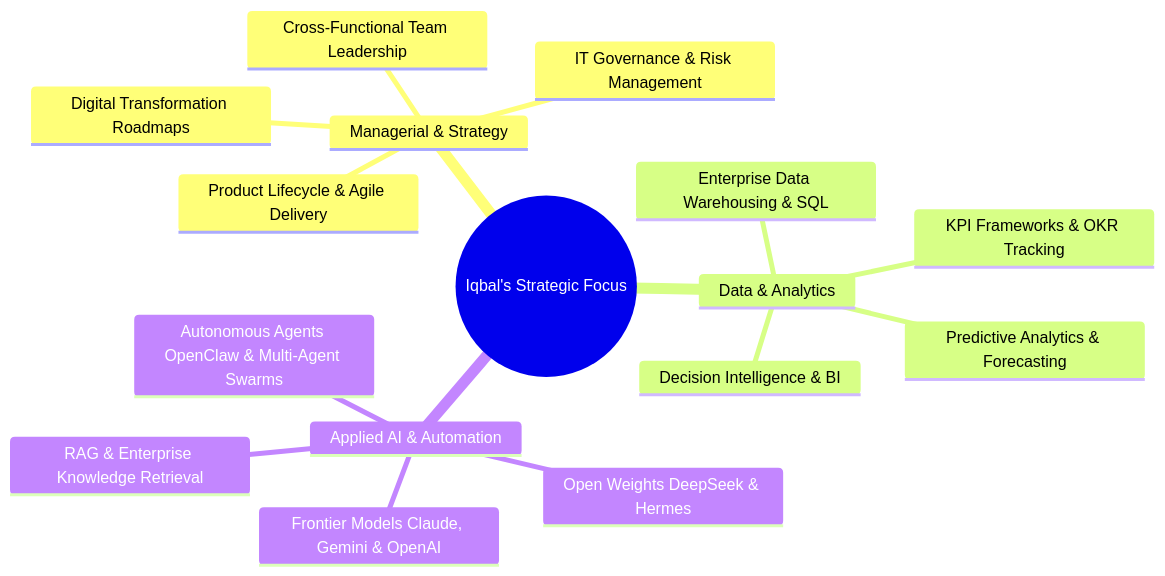
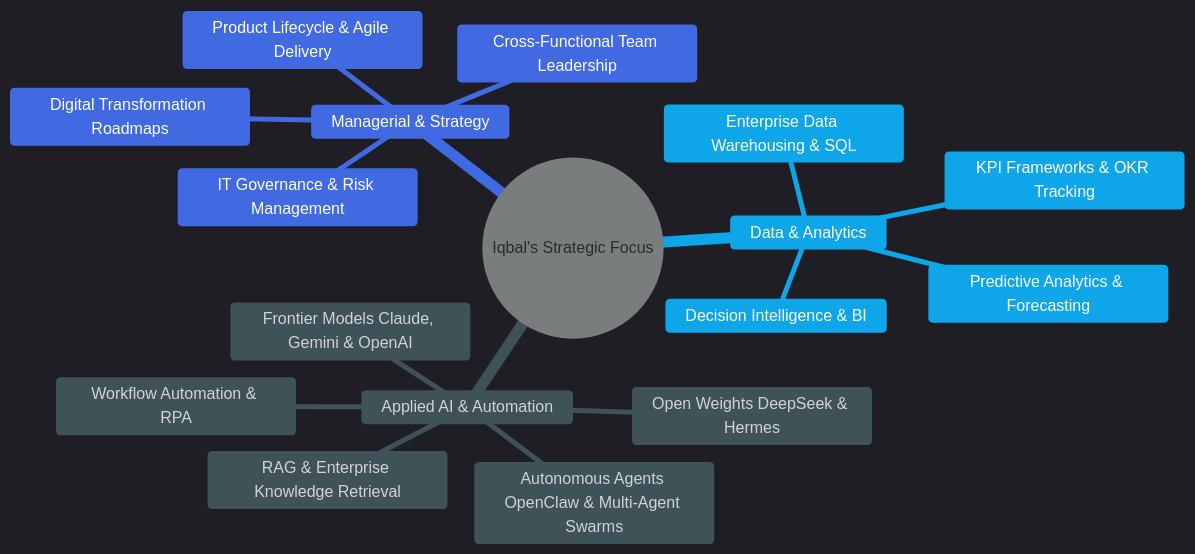
The diagram in README.md (IqbalMind/IqbalMind), drawn with Mermaid before and after one commit. The commit also changed other lines of this file, not shown here.

Commit message:
feat(readme): add personal sites, RPA to mindmap, and configure royal blue mindmap theme

````diff
--- a/README.md
+++ b/README.md
@@ -25,19 +27,31 @@
 ```mermaid
+---
+config:
+  theme: dark
+  themeVariables:
+    cScale0: '#334155'
+    cScaleLabel0: '#ffffff'
+    cScale1: '#4169E1'
+    cScaleLabel1: '#ffffff'
+    cScale2: '#0ea5e9'
+    cScaleLabel2: '#ffffff'
+---
 mindmap
   root((Iqbal's Strategic Focus))
     Managerial & Strategy
       Digital Transformation Roadmaps
       Cross-Functional Team Leadership
       IT Governance & Risk Management
       Product Lifecycle & Agile Delivery
     Data & Analytics
       Decision Intelligence & BI
       KPI Frameworks & OKR Tracking
       Predictive Analytics & Forecasting
       Enterprise Data Warehousing & SQL
     Applied AI & Automation
+      Workflow Automation & RPA
       Frontier Models Claude, Gemini & OpenAI
       Open Weights DeepSeek & Hermes
       Autonomous Agents OpenClaw & Multi-Agent Swarms
       RAG & Enterprise Knowledge Retrieval
 ```
````
